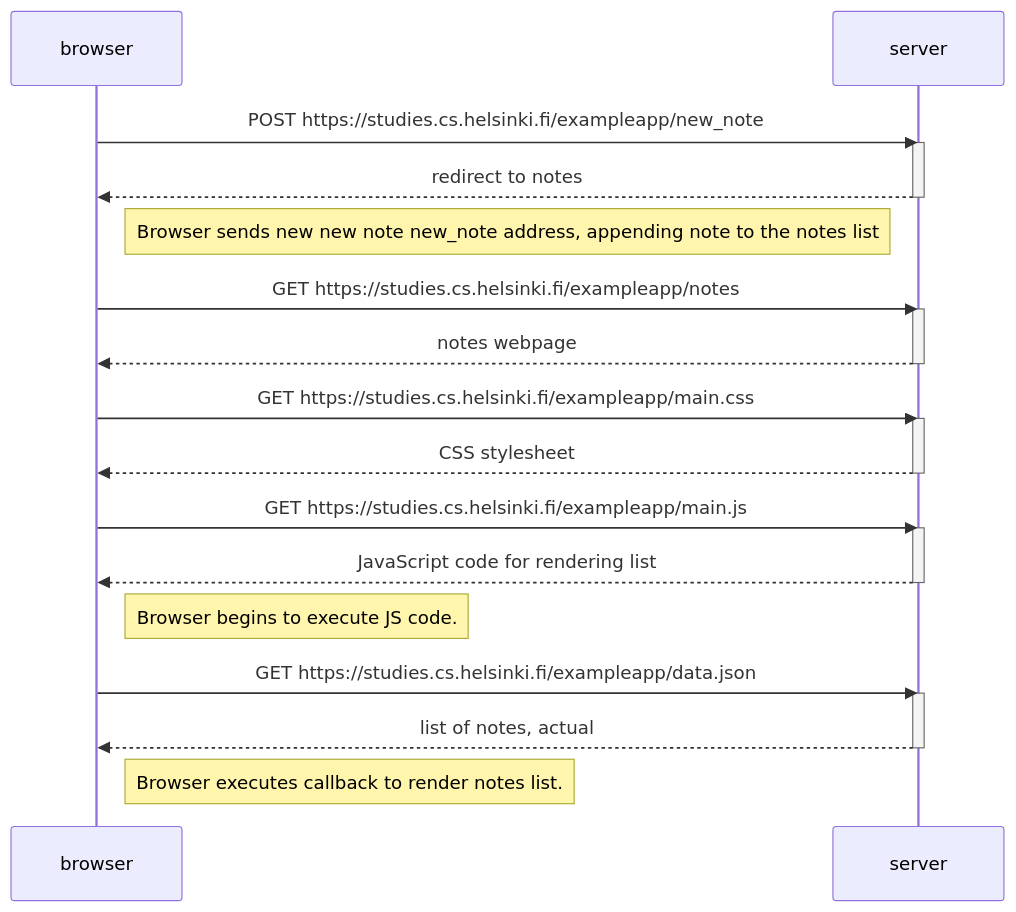
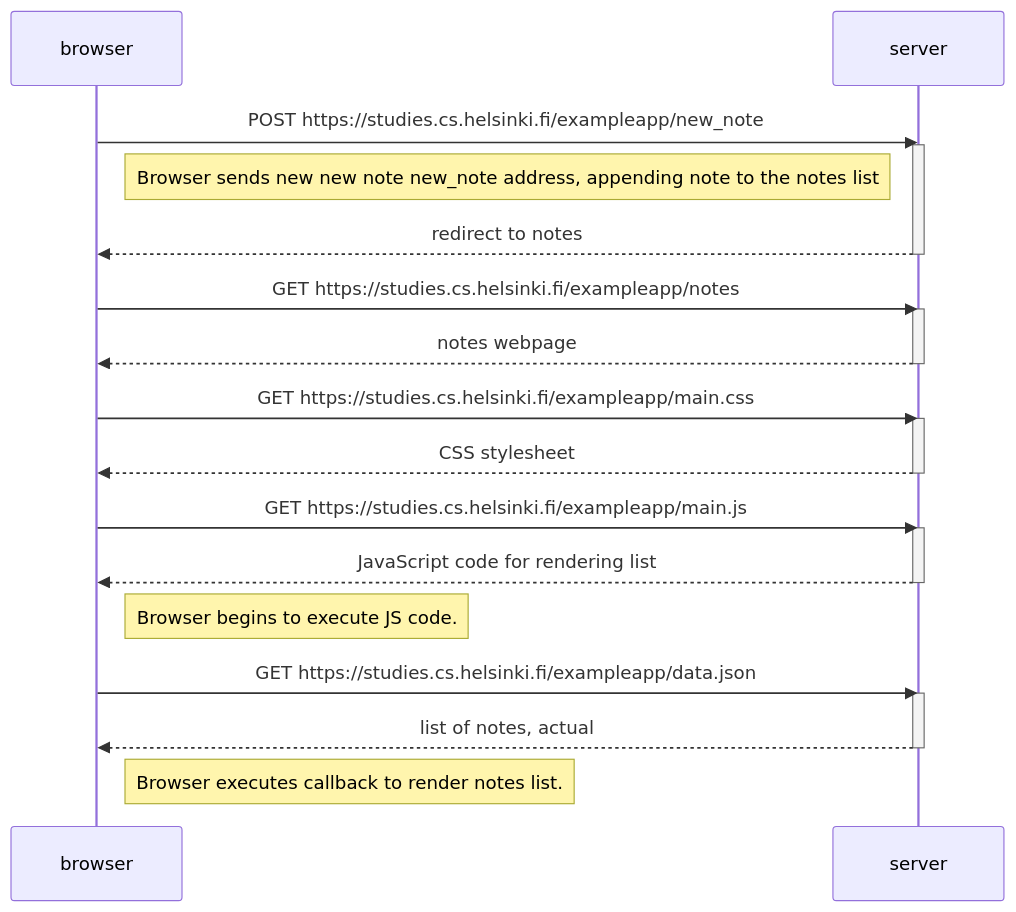
One commit to rogueslime/fullstackopen changed the diagram in part0/0-4-diagram.md. Above: the diagram before and after it, drawn with Mermaid. The commit also changed other lines of this file, not shown here.

First line of the commit message:
Update 0-4-diagram.md

````diff
--- a/part0/0-4-diagram.md
+++ b/part0/0-4-diagram.md
@@ -1,36 +1,35 @@
 ```mermaid
 sequenceDiagram
     participant browser
     participant server
 
     browser->>server: POST https://studies.cs.helsinki.fi/exampleapp/new_note
     activate server
+    Note right of browser: Browser sends new new note new_note address, appending note to the notes list
     server-->>browser: redirect to notes
     deactivate server
-
-    Note right of browser: Browser sends new new note new_note address, appending note to the notes list
 
     browser->>server: GET https://studies.cs.helsinki.fi/exampleapp/notes
     activate server
     server-->> browser: notes webpage
     deactivate server
 
     browser->>server: GET https://studies.cs.helsinki.fi/exampleapp/main.css
     activate server
     server-->>browser: CSS stylesheet
     deactivate server
 
     browser->>server: GET https://studies.cs.helsinki.fi/exampleapp/main.js
     activate server
     server-->>browser: JavaScript code for rendering list
     deactivate server
 
     Note right of browser: Browser begins to execute JS code.
 
     browser->>server: GET https://studies.cs.helsinki.fi/exampleapp/data.json
     activate server
     server-->>browser: list of notes, actual
     deactivate server
 
     Note right of browser: Browser executes callback to render notes list.
 ```
````
